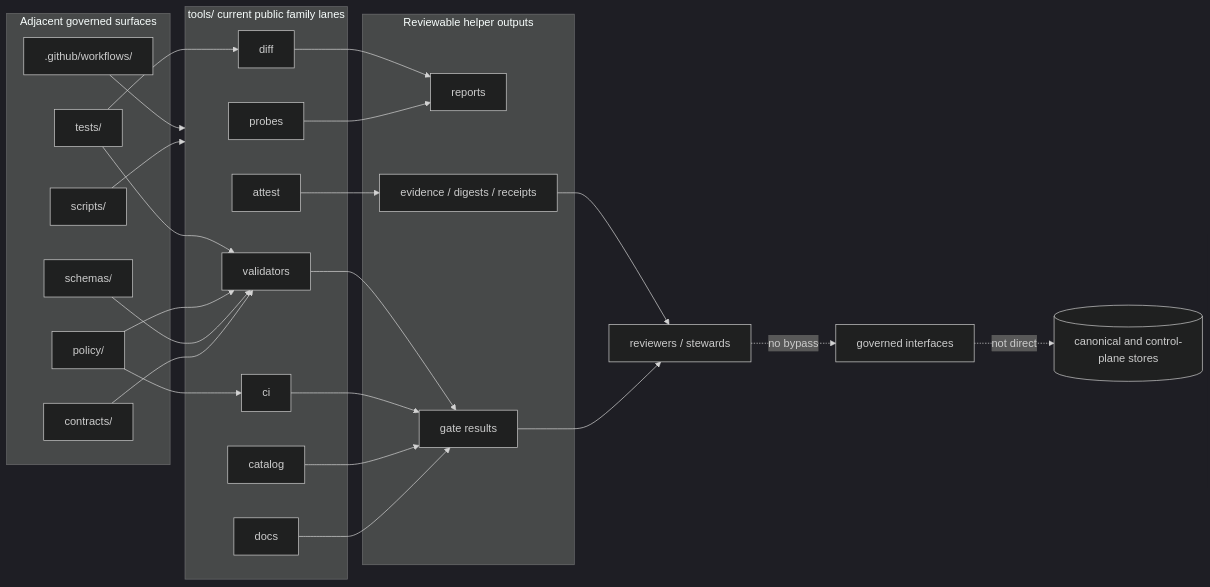
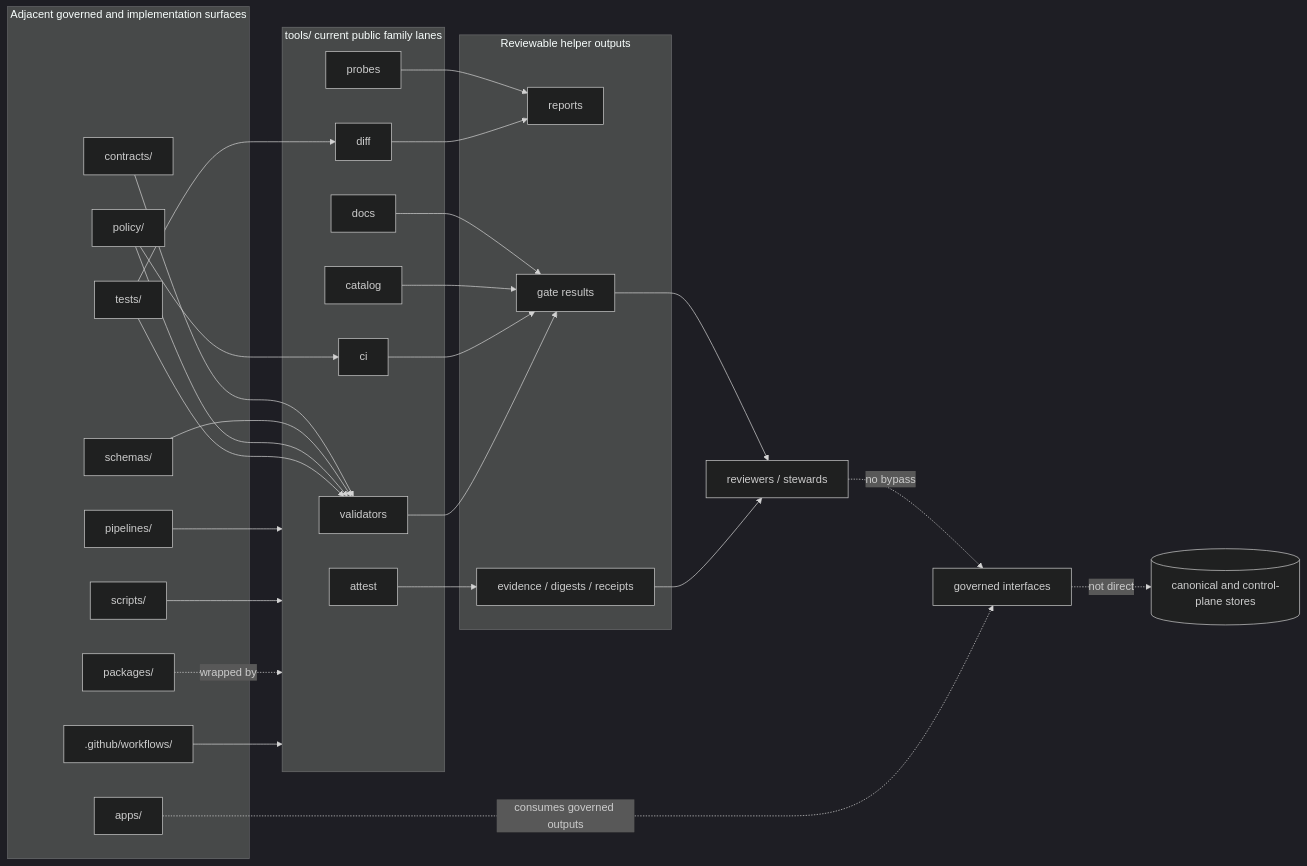
Before and after one commit to bartytime4life/Kansas-Frontier-Matrix: the diagram in tools/README.md, drawn with Mermaid (dark theme). The commit also changed other lines of this file, not shown here.

First line of the commit message:
Revise tools README for clarity and updates

````diff
--- a/tools/README.md
+++ b/tools/README.md
@@ -328,50 +343,56 @@
 ```mermaid
 flowchart LR
-    subgraph Adjacent[Adjacent governed surfaces]
+    subgraph Adjacent[Adjacent governed and implementation surfaces]
       C[contracts/]
       S[schemas/]
       P[policy/]
       T[tests/]
+      PL[pipelines/]
+      PK[packages/]
+      AP[apps/]
       SC[scripts/]
       WF[.github/workflows/]
     end
 
     subgraph Tools[tools/ current public family lanes]
       V[validators]
       PR[probes]
       D[diff]
       DO[docs]
       CA[catalog]
       AT[attest]
       CI[ci]
     end
 
     subgraph Outputs[Reviewable helper outputs]
       R[reports]
       G[gate results]
       E[evidence / digests / receipts]
     end
 
     C --> V
     S --> V
     P --> V
     P --> CI
     T --> V
     T --> D
+    PL --> Tools
     SC --> Tools
+    PK -. wrapped by .-> Tools
     WF --> Tools
 
     PR --> R
     D --> R
     DO --> G
     CA --> G
     AT --> E
     CI --> G
     V --> G
 
     G --> RV[reviewers / stewards]
     E --> RV
 
     RV -. no bypass .-> API[governed interfaces]
     API -. not direct .-> STORE[(canonical and control-plane stores)]
+    AP -. consumes governed outputs .-> API
 ```
````
